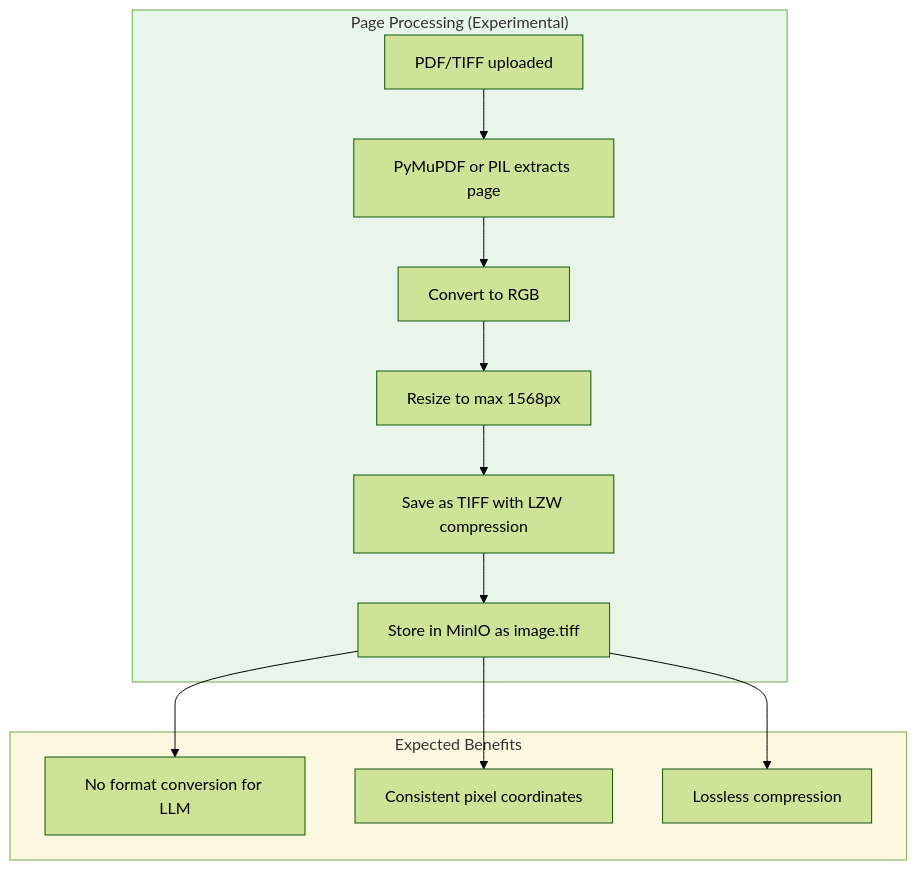
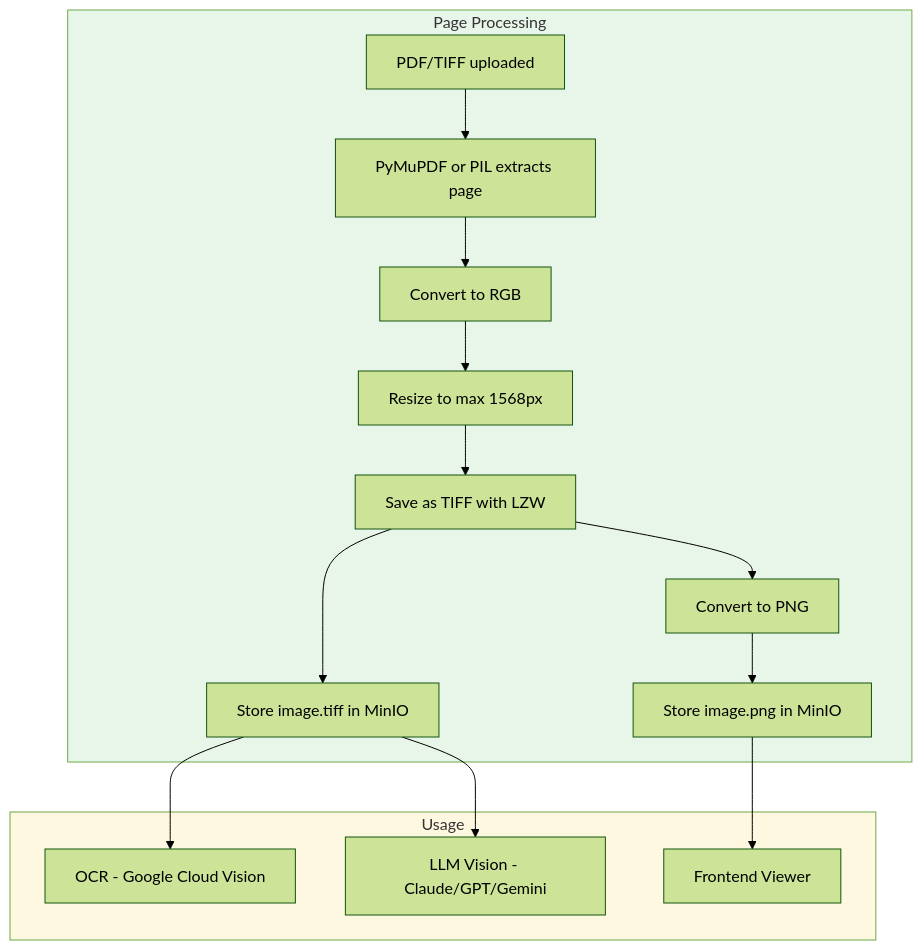
One commit to jmac122/takeoff-automation changed the third of 3 diagrams in docs/diagrams/document-processing-pipeline.md. Above: the diagram before and after it, drawn with Mermaid (forest theme). The commit also changed other lines of this file, not shown here.

Commit message:
docs: update document processing pipeline diagram

````diff
--- a/docs/diagrams/document-processing-pipeline.md
+++ b/docs/diagrams/document-processing-pipeline.md
@@ -142,23 +142,21 @@
 ```mermaid
 flowchart TD
-    subgraph Processing["Page Processing (Experimental)"]
+    subgraph Processing["Page Processing"]
         A[PDF/TIFF uploaded] --> B[PyMuPDF or PIL extracts page]
         B --> C[Convert to RGB]
         C --> D[Resize to max 1568px]
-        D --> E[Save as TIFF with LZW compression]
-        E --> F[Store in MinIO as image.tiff]
+        D --> E[Save as TIFF with LZW]
+        E --> F[Store image.tiff in MinIO]
+        E --> G[Convert to PNG]
+        G --> H[Store image.png in MinIO]
     end
 
-    subgraph Benefits["Expected Benefits"]
-        G[No format conversion for LLM] 
-        H[Consistent pixel coordinates]
-        I[Lossless compression]
+    subgraph Usage["Usage"]
+        F --> I[OCR - Google Cloud Vision]
+        F --> J[LLM Vision - Claude/GPT/Gemini]
+        H --> K[Frontend Viewer]
     end
 
-    F --> G
-    F --> H
-    F --> I
-
     style Processing fill:#e8f5e9
-    style Benefits fill:#fff8e1
+    style Usage fill:#fff8e1
 ```
````
